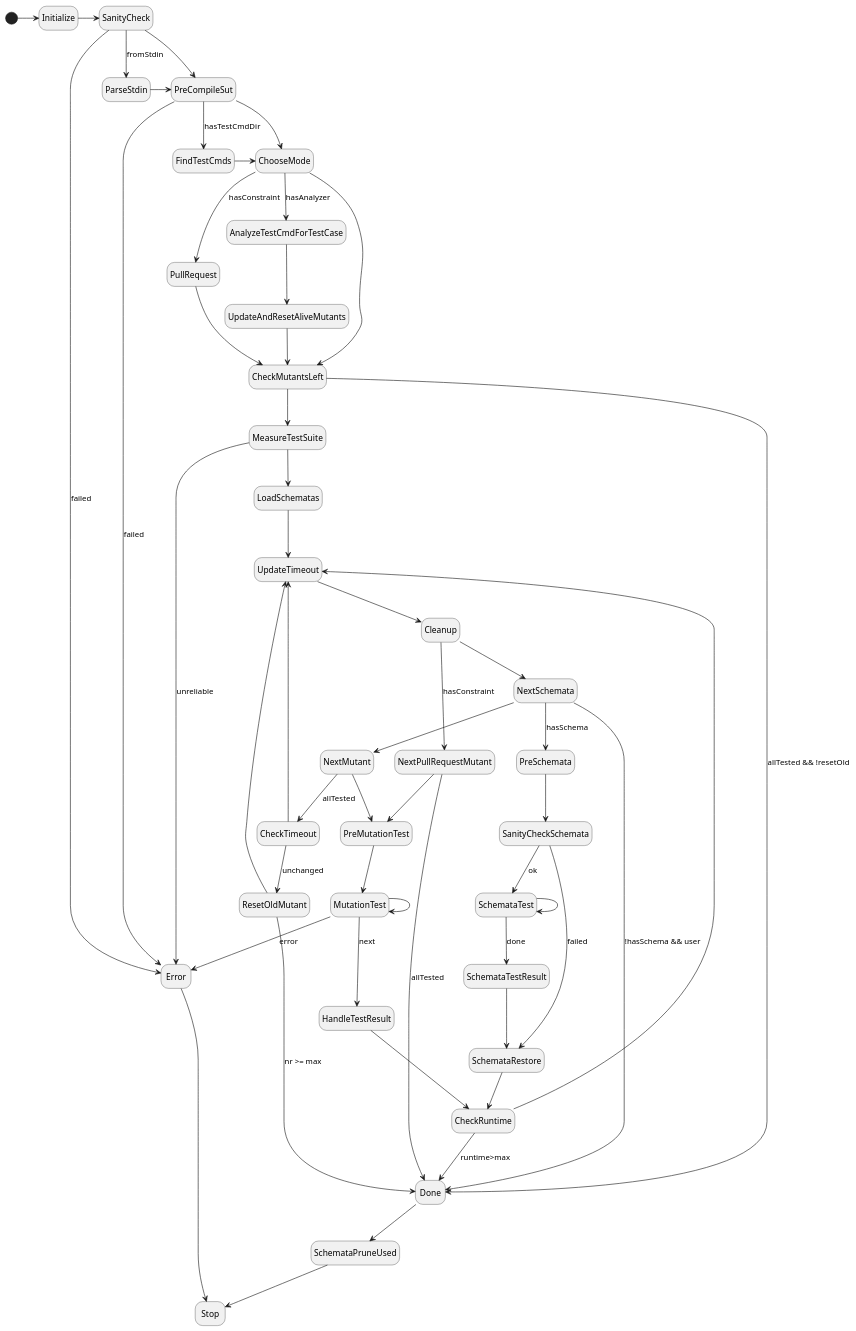
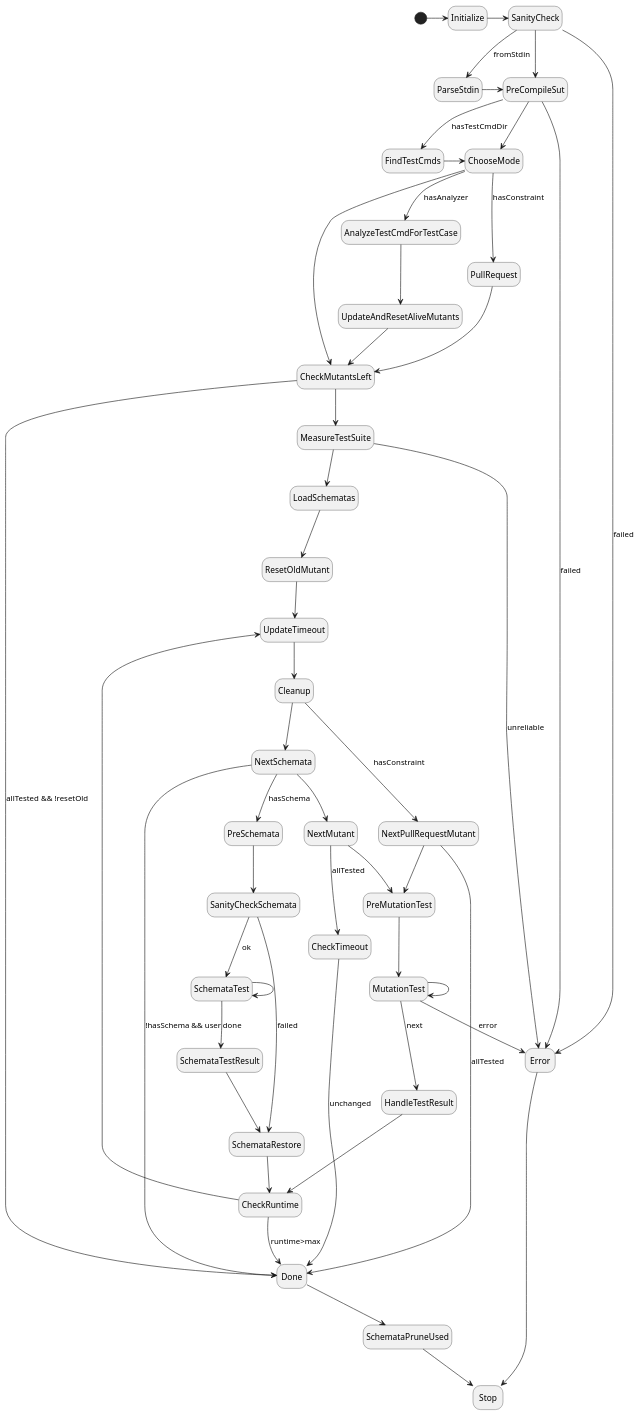
The diagram in plugin/mutate/doc/design/figures/test_mutant_fsm.pu (joakim-brannstrom/dextool), drawn with PlantUML before and after one commit. The commit also changed 1 other file, not shown here.

Commit message:
mutate: simplify code for testing old mutants

```diff
--- a/plugin/mutate/doc/design/figures/test_mutant_fsm.pu
+++ b/plugin/mutate/doc/design/figures/test_mutant_fsm.pu
@@ -1,79 +1,77 @@
 @startuml
 hide empty description
 
 [*] -> Initialize
 
 Initialize -> SanityCheck
 
 SanityCheck --> Error : failed
 SanityCheck --> ParseStdin : fromStdin
 SanityCheck -> PreCompileSut
 
 ParseStdin -> PreCompileSut
 
 PreCompileSut --> Error : failed
 PreCompileSut --> FindTestCmds : hasTestCmdDir
 PreCompileSut --> ChooseMode
 
 FindTestCmds -> ChooseMode
 
 ChooseMode --> AnalyzeTestCmdForTestCase : hasAnalyzer
 ChooseMode --> PullRequest : hasConstraint
 ChooseMode --> CheckMutantsLeft
 
 PullRequest -> CheckMutantsLeft
 
 AnalyzeTestCmdForTestCase --> UpdateAndResetAliveMutants
 
 UpdateAndResetAliveMutants --> CheckMutantsLeft
 
 UpdateTimeout --> Cleanup
 
 Cleanup --> NextSchemata
 Cleanup --> NextPullRequestMutant : hasConstraint
 
 CheckMutantsLeft --> Done : allTested && !resetOld
 CheckMutantsLeft --> MeasureTestSuite
 
 MeasureTestSuite --> Error : unreliable
 MeasureTestSuite --> LoadSchematas
 
-LoadSchematas --> UpdateTimeout
+LoadSchematas --> ResetOldMutant
+
+ResetOldMutant --> UpdateTimeout
 
 CheckRuntime --> UpdateTimeout
 CheckRuntime --> Done : runtime>max
 
 NextPullRequestMutant --> PreMutationTest
 NextPullRequestMutant --> Done : allTested
 
 NextSchemata --> PreSchemata : hasSchema
 NextSchemata --> Done : !hasSchema && user
 NextSchemata --> NextMutant
 PreSchemata --> SanityCheckSchemata
 SanityCheckSchemata --> SchemataRestore : failed
 SanityCheckSchemata --> SchemataTest : ok
 SchemataTest --> SchemataTest
 SchemataTest --> SchemataTestResult : done
 SchemataTestResult --> SchemataRestore
 SchemataRestore --> CheckRuntime
 
 NextMutant --> CheckTimeout : allTested
 NextMutant --> PreMutationTest
 PreMutationTest --> MutationTest
 MutationTest --> HandleTestResult : next
 MutationTest --> Error : error
 MutationTest --> MutationTest
 
 HandleTestResult --> CheckRuntime
 
-CheckTimeout --> ResetOldMutant : unchanged
-CheckTimeout --> UpdateTimeout
-
-ResetOldMutant --> UpdateTimeout
-ResetOldMutant --> Done : nr >= max
+CheckTimeout --> Done : unchanged
 
 Done --> SchemataPruneUsed
 SchemataPruneUsed --> Stop
 
 Error --> Stop
 @enduml
```
